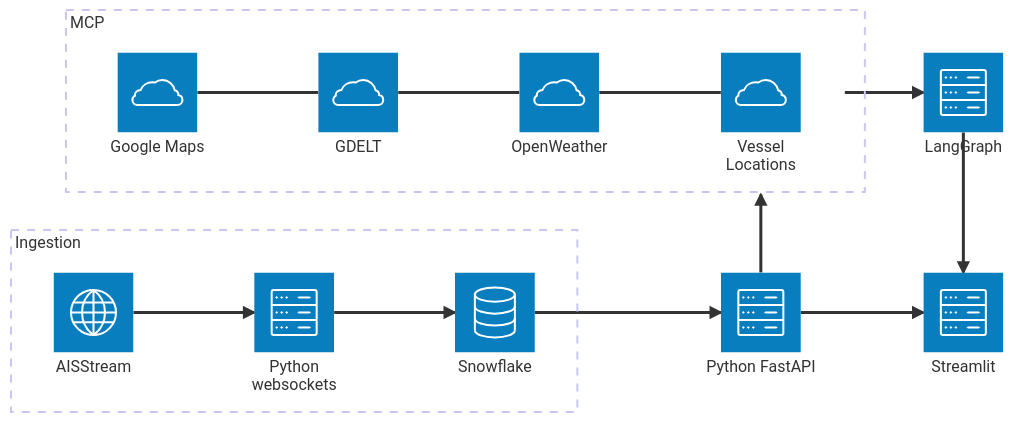
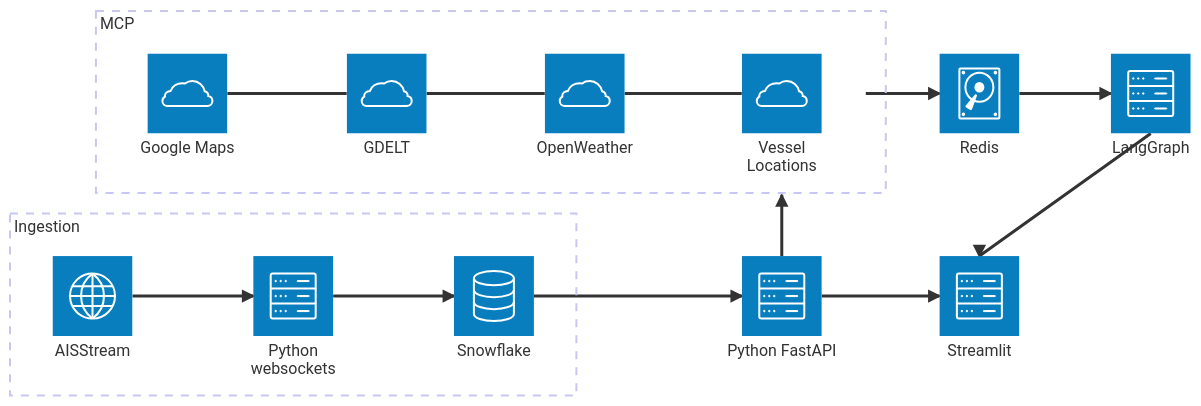
The first of 2 diagrams in README.md (BigDataIA-Spring26-Team-4/FinalProject), drawn with Mermaid before and after one commit.

Commit message:
Add Redis service and update connections in README

````diff
--- a/README.md
+++ b/README.md
@@ -16,35 +16,37 @@
 ```mermaid
 architecture-beta
     group api[Ingestion]
 
     service ais(internet)[AISStream] in api
     service sock(server)[Python websockets] in api
     service db(database)[Snowflake] in api
 
     service server(server)[Python FastAPI]
 
     ais:R --> L:sock
     sock:R --> L:db
     db:R --> L:server
 
     group mcp[MCP]
 
     service maps(cloud)[Google Maps] in mcp
     service weather(cloud)[OpenWeather] in mcp
     service news(cloud)[GDELT] in mcp
     service ais_wrapper(cloud)[Vessel Locations] in mcp
 
+    service redis(disk)[Redis]
     service agent(server)[LangGraph]
 
     maps:R -- L:news
     news:R -- L:weather
     weather:R -- L:ais_wrapper
-    ais_wrapper{group}:R --> L:agent
+    ais_wrapper{group}:R-->L:redis
+    redis:R-->L:agent
 
     server:T --> B:ais_wrapper{group}
 
     service frontend(server)[Streamlit]
 
     agent:B --> T:frontend
     server:R --> L:frontend
 ```
````
